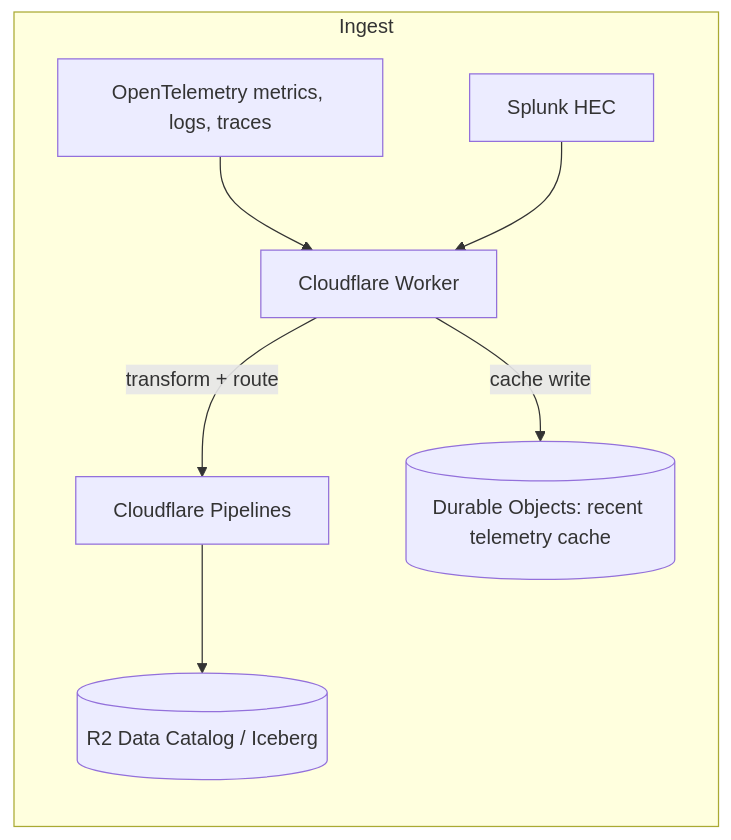
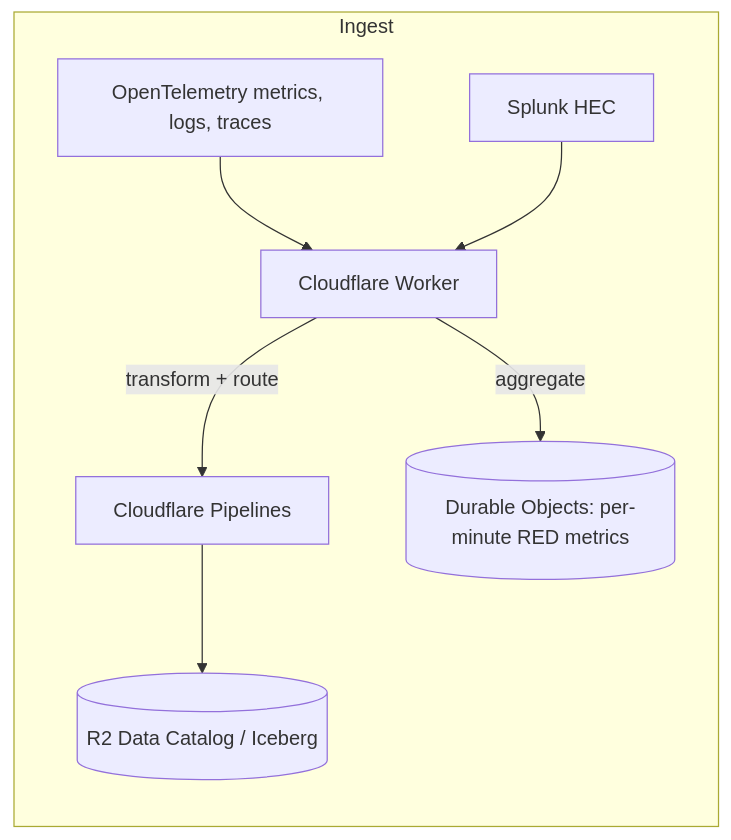
One commit to smithclay/otlp2pipeline changed the diagram in README.md. Above: the diagram before and after it, drawn with Mermaid. The commit also changed other lines of this file and 1 other file, not shown here.

````diff
--- a/README.md
+++ b/README.md
@@ -9,10 +9,10 @@
 ```mermaid
 flowchart LR
     subgraph Ingest["Ingest"]
         OTLP[OpenTelemetry metrics, logs, traces] --> W[Cloudflare Worker]
         HEC[Splunk HEC] --> W
         W -->|transform + route| P[Cloudflare Pipelines]
         P --> R2[(R2 Data Catalog / Iceberg)]
-        W -->|cache write| DO[("Durable Objects: recent telemetry cache")]
+        W -->|aggregate| DO[("Durable Objects: per-minute RED metrics")]
     end
 ```
````
